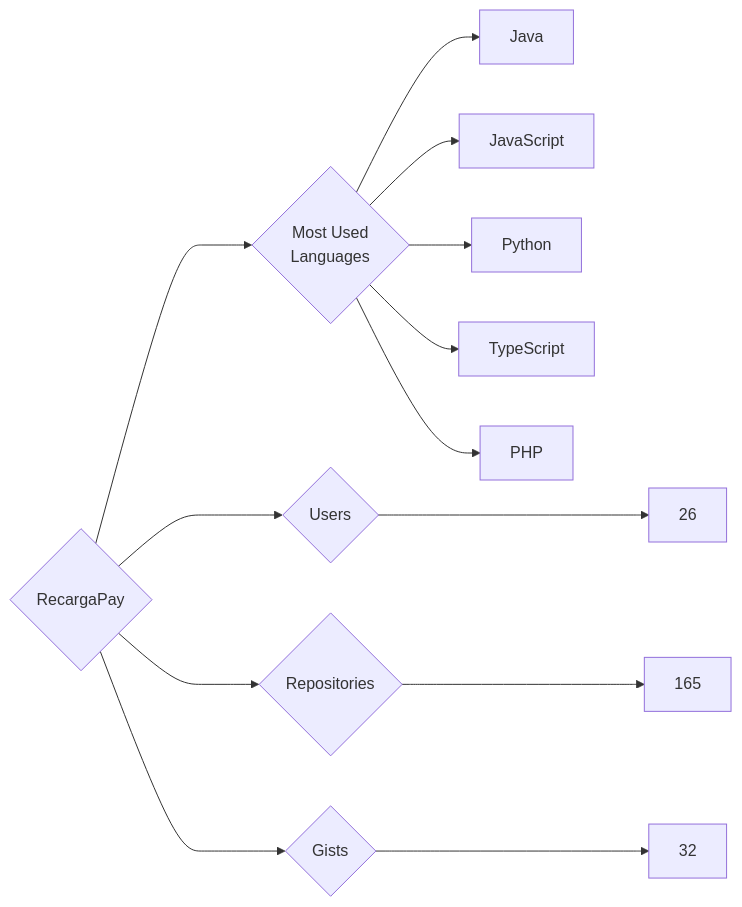
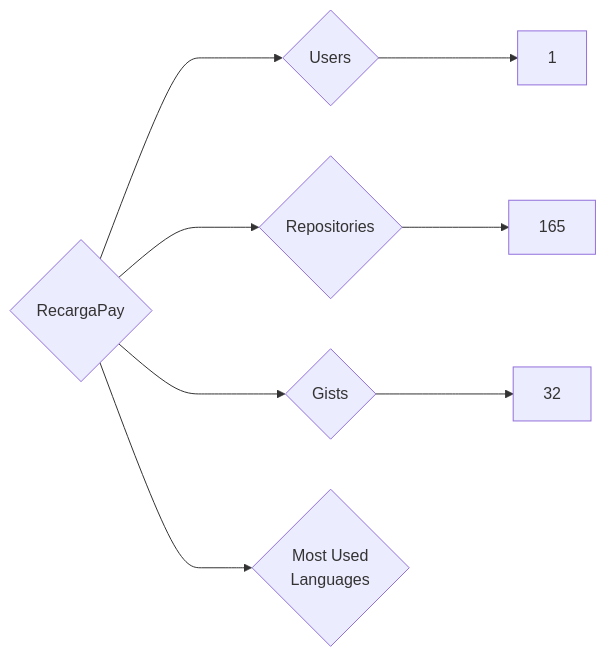
The diagram in targets/RecargaPay/README.md (trickest/insiders), drawn with Mermaid before and after one commit. The commit also changed 823 other files, not shown here.

````diff
--- a/targets/RecargaPay/README.md
+++ b/targets/RecargaPay/README.md
@@ -3,13 +3,8 @@
 ```mermaid
 graph LR
 COMPANY_NAME{RecargaPay}
-COMPANY_NAME ---> U{Users} ---> UN[26]
+COMPANY_NAME ---> U{Users} ---> UN[1]
 COMPANY_NAME ---> R{Repositories} ---> RN[165]
 COMPANY_NAME ---> G{Gists} ---> GN[32]
 COMPANY_NAME ---> ML{Most Used<br>Languages}
-ML --> Java[Java]
-ML --> JavaScript[JavaScript]
-ML --> Python[Python]
-ML --> TypeScript[TypeScript]
-ML --> PHP[PHP]
 ```
````
